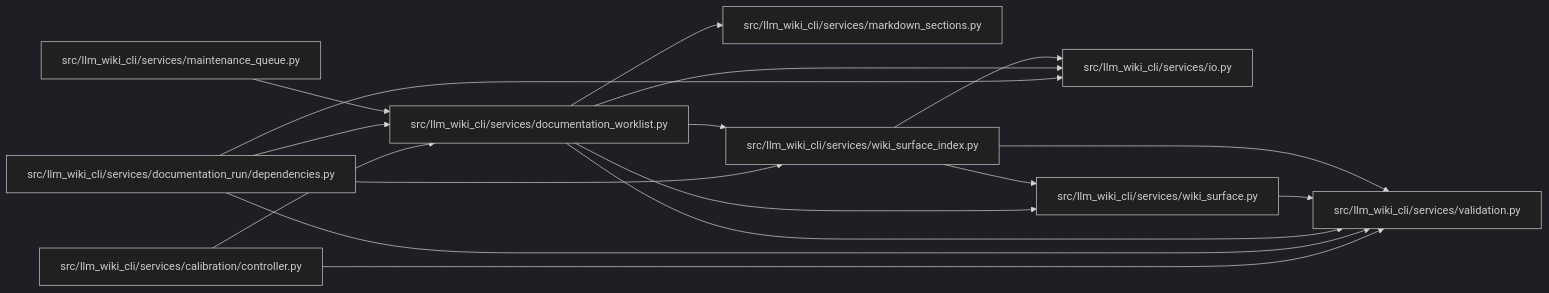
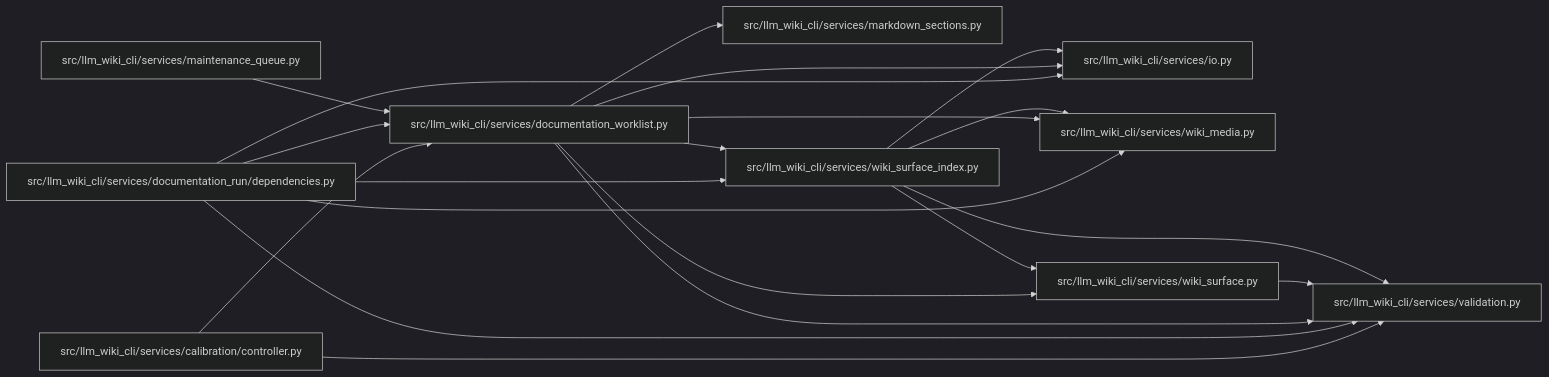
The diagram in docs/llm_wiki/modules/documentation_worklist.md (Denissvgn/python-wiki-llm), drawn with Mermaid (dark theme) before and after one commit. The commit also changed other lines of this file and 1410 other files, not shown here.

````diff
--- a/docs/llm_wiki/modules/documentation_worklist.md
+++ b/docs/llm_wiki/modules/documentation_worklist.md
@@ -39,37 +40,42 @@
 ```mermaid
 flowchart LR
     n0["src/llm_wiki_cli/services/calibration/controller.py"]
     n1["src/llm_wiki_cli/services/documentation_run/dependencies.py"]
     n2["src/llm_wiki_cli/services/documentation_worklist.py"]
     n3["src/llm_wiki_cli/services/io.py"]
     n4["src/llm_wiki_cli/services/maintenance_queue.py"]
     n5["src/llm_wiki_cli/services/markdown_sections.py"]
     n6["src/llm_wiki_cli/services/validation.py"]
-    n7["src/llm_wiki_cli/services/wiki_surface.py"]
-    n8["src/llm_wiki_cli/services/wiki_surface_index.py"]
+    n7["src/llm_wiki_cli/services/wiki_media.py"]
+    n8["src/llm_wiki_cli/services/wiki_surface.py"]
+    n9["src/llm_wiki_cli/services/wiki_surface_index.py"]
     n0 --> n2
     n0 --> n6
     n1 --> n2
     n1 --> n3
     n1 --> n6
-    n1 --> n8
+    n1 --> n7
+    n1 --> n9
     n2 --> n3
     n2 --> n5
     n2 --> n6
     n2 --> n7
     n2 --> n8
+    n2 --> n9
     n4 --> n2
-    n7 --> n6
-    n8 --> n3
     n8 --> n6
-    n8 --> n7
+    n9 --> n3
+    n9 --> n6
+    n9 --> n7
+    n9 --> n8
     click n0 "../modules/controller.md"
     click n1 "../modules/documentation_run_dependencies.md"
     click n2 "../modules/documentation_worklist.md"
     click n3 "../modules/io.md"
     click n4 "../modules/maintenance_queue.md"
     click n5 "../modules/markdown_sections.md"
     click n6 "../modules/validation.md"
-    click n7 "../modules/wiki_surface.md"
-    click n8 "../modules/wiki_surface_index.md"
+    click n7 "../modules/wiki_media.md"
+    click n8 "../modules/wiki_surface.md"
+    click n9 "../modules/wiki_surface_index.md"
 ```
````
